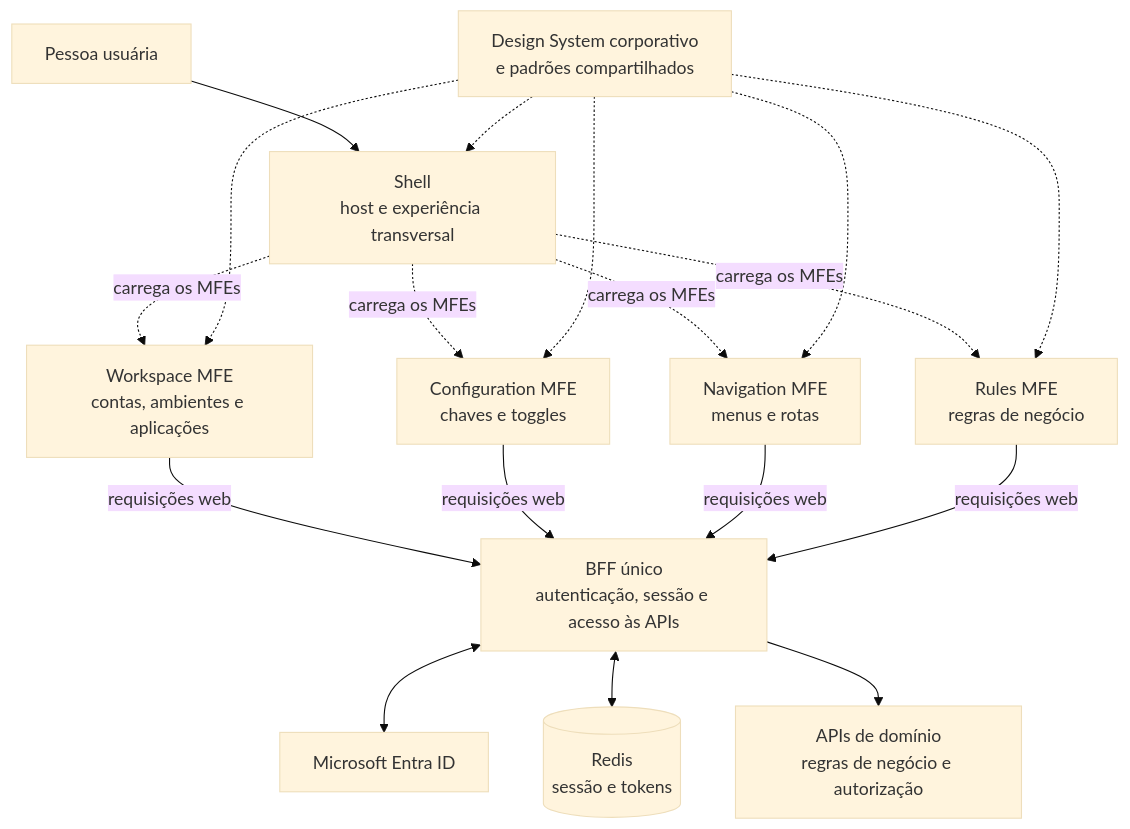
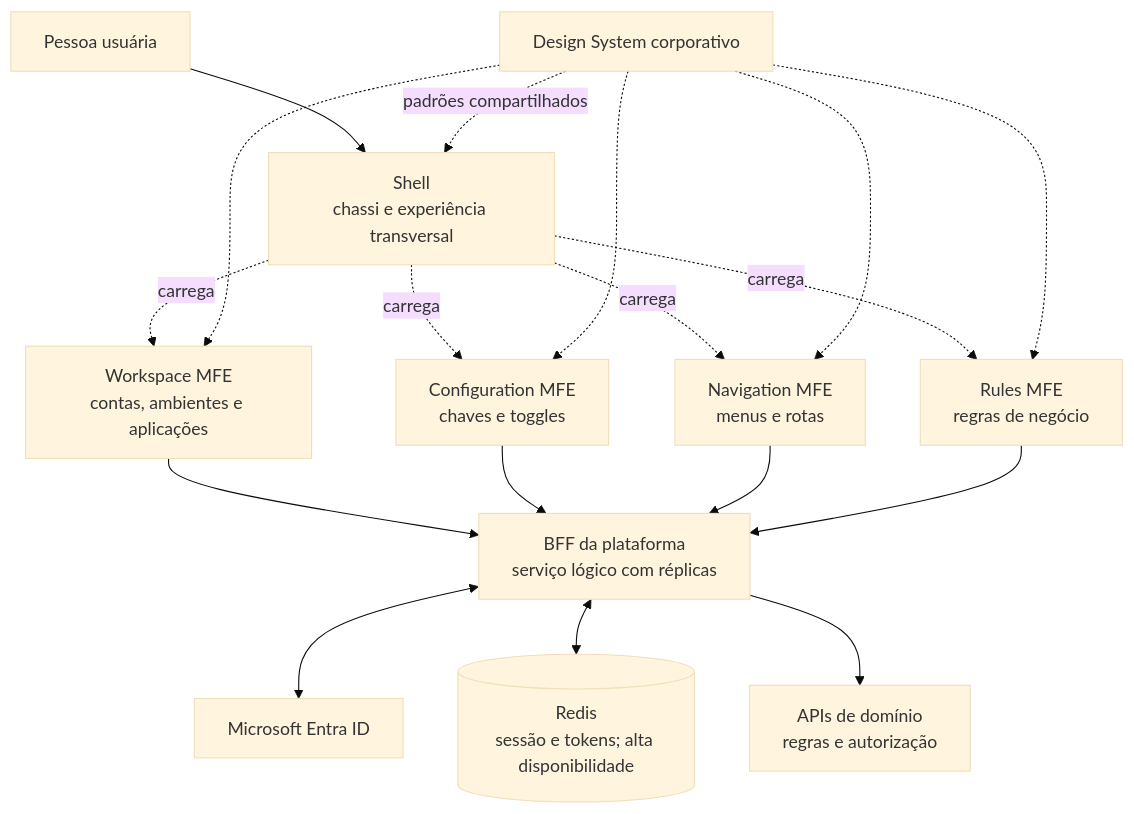
One commit to BrunoBS/guideline-java changed the diagram in docs/refinamento/18-micro-frontends/apresentacao-visao-geral.md. Above: the diagram before and after it, drawn with Mermaid (base theme). The commit also changed other lines of this file, not shown here.

Commit message:
docs: add platform BFF scale and resilience considerations

````diff
--- a/docs/refinamento/18-micro-frontends/apresentacao-visao-geral.md
+++ b/docs/refinamento/18-micro-frontends/apresentacao-visao-geral.md
@@ -9,24 +9,24 @@
 ```mermaid
 flowchart TB
-  USER["Pessoa usuária"] --> SHELL["Shell<br/>host e experiência transversal"]
+  USER["Pessoa usuária"] --> SHELL["Shell<br/>chassi e experiência transversal"]
 
-  SHELL -. "carrega os MFEs" .-> WS["Workspace MFE<br/>contas, ambientes e aplicações"]
-  SHELL -. "carrega os MFEs" .-> CFG["Configuration MFE<br/>chaves e toggles"]
-  SHELL -. "carrega os MFEs" .-> NAV["Navigation MFE<br/>menus e rotas"]
-  SHELL -. "carrega os MFEs" .-> RULES["Rules MFE<br/>regras de negócio"]
+  SHELL -. "carrega" .-> WS["Workspace MFE<br/>contas, ambientes e aplicações"]
+  SHELL -. "carrega" .-> CFG["Configuration MFE<br/>chaves e toggles"]
+  SHELL -. "carrega" .-> NAV["Navigation MFE<br/>menus e rotas"]
+  SHELL -. "carrega" .-> RULES["Rules MFE<br/>regras de negócio"]
 
-  DS["Design System corporativo<br/>e padrões compartilhados"] -.-> SHELL
+  WS --> BFF["BFF da plataforma<br/>serviço lógico com réplicas"]
+  CFG --> BFF
+  NAV --> BFF
+  RULES --> BFF
+
+  BFF <--> ENTRA["Microsoft Entra ID"]
+  BFF <--> REDIS[("Redis<br/>sessão e tokens; alta disponibilidade")]
+  BFF --> API["APIs de domínio<br/>regras e autorização"]
+
+  DS["Design System corporativo"] -. "padrões compartilhados" .-> SHELL
   DS -.-> WS
   DS -.-> CFG
   DS -.-> NAV
   DS -.-> RULES
-
-  WS -->|"requisições web"| BFF["BFF único<br/>autenticação, sessão e acesso às APIs"]
-  CFG -->|"requisições web"| BFF
-  NAV -->|"requisições web"| BFF
-  RULES -->|"requisições web"| BFF
-
-  BFF <--> ENTRA["Microsoft Entra ID"]
-  BFF <--> REDIS[("Redis<br/>sessão e tokens")]
-  BFF --> API["APIs de domínio<br/>regras de negócio e autorização"]
 ```
````
